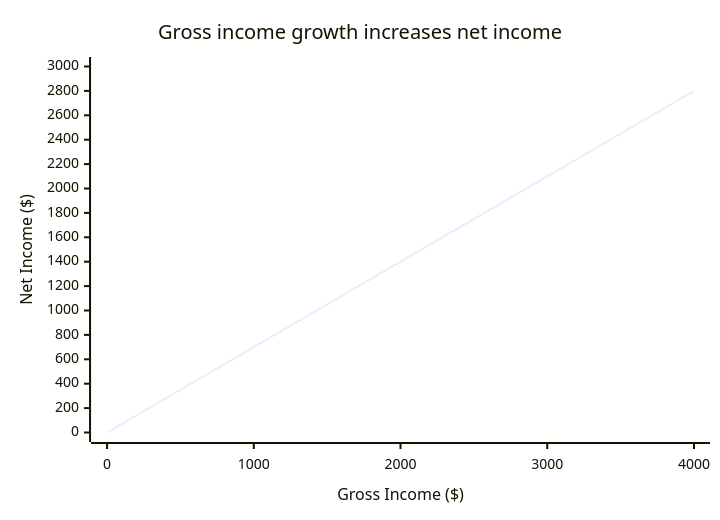
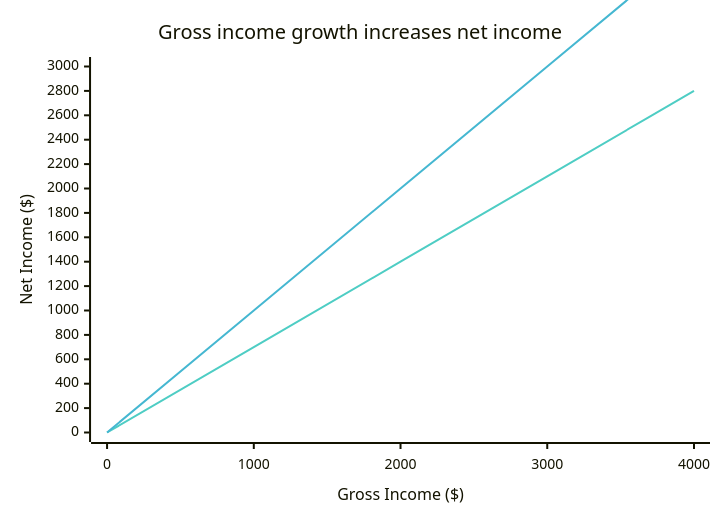
The second of 4 diagrams in notes/economy/justice.md (sergey-shandar/public), drawn with Mermaid before and after one commit. The commit also changed other lines of this file, not shown here.

First line of the commit message:
Enhance chart colorization with explicit color palettes

````diff
--- a/notes/economy/justice.md
+++ b/notes/economy/justice.md
@@ -25,8 +26,9 @@
 ```mermaid
-%%{init: {'theme':'default'}}%%
+%%{init: {'theme':'base', 'themeVariables': {'xyChart': {'plotColorPalette': '#4ecdc4,#45b7d1,#96ceb4,#ffeaa7,#fd79a8,#a29bfe,#6c5ce7'}}}}%%
 xychart-beta
     title "Gross income growth increases net income"
     x-axis "Gross Income ($)" [0, 1000, 2000, 3000, 4000]
     y-axis "Net Income ($)" 0 --> 3000
     line "Net Income" [0, 700, 1400, 2100, 2800]
+    line "Ideal (45° line)" [0, 1000, 2000, 3000, 4000]
 ```
````
